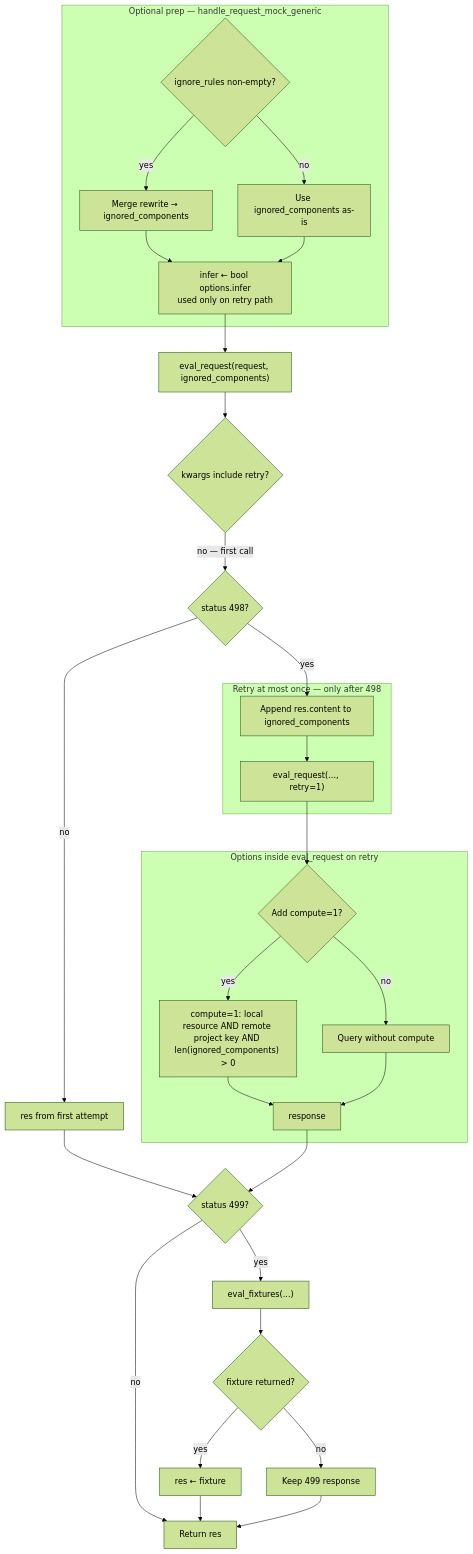
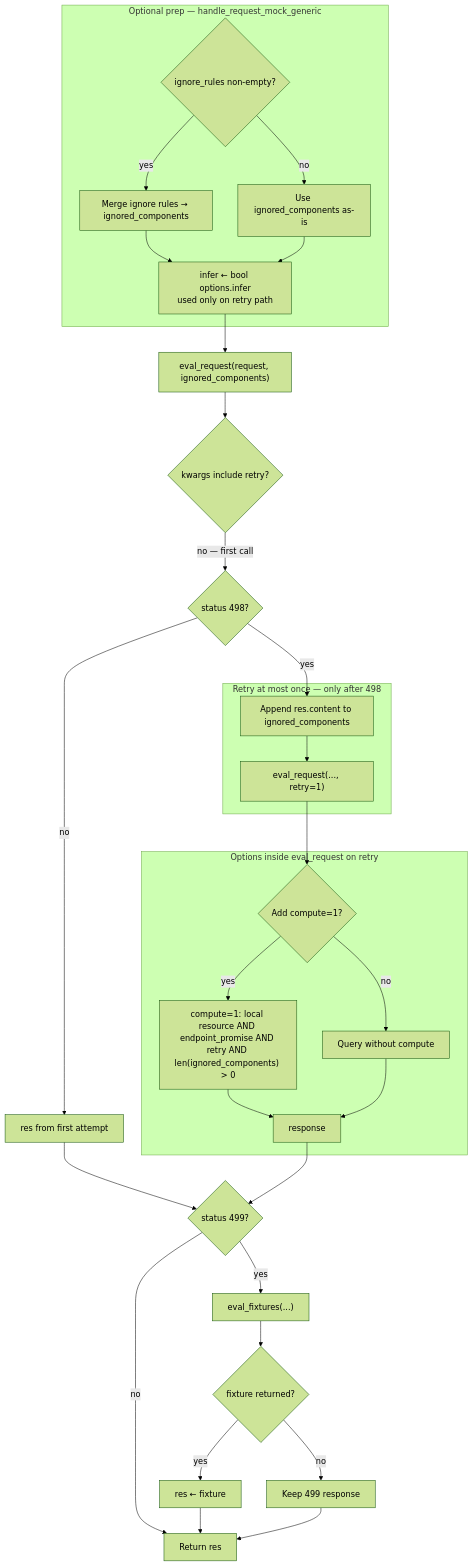
The first of 2 diagrams in docs/mock-request-matching.md (Stoobly/stoobly-agent), drawn with Mermaid (forest theme) before and after one commit. The commit also changed other lines of this file, not shown here.

````diff
--- a/docs/mock-request-matching.md
+++ b/docs/mock-request-matching.md
@@ -21,49 +36,49 @@
 ```mermaid
 flowchart TB
   subgraph prep [Optional prep — handle_request_mock_generic]
     IG{ignore_rules non-empty?}
-    IG -->|yes| MERGE[Merge rewrite → ignored_components]
+    IG -->|yes| MERGE[Merge ignore rules → ignored_components]
     IG -->|no| IG0[Use ignored_components as-is]
     MERGE --> INIT
     IG0 --> INIT
     INIT["infer ← bool options.infer<br/>used only on retry path"]
   end
 
   INIT --> E1["eval_request(request, ignored_components)"]
 
   E1 --> K1{kwargs include retry?}
   K1 -->|no — first call| D498{status 498?}
 
   subgraph retry_once [Retry at most once — only after 498]
     APP[Append res.content to ignored_components]
     E2["eval_request(..., retry=1)"]
     APP --> E2
   end
 
   subgraph opt_retry [Options inside eval_request on retry]
     CP{Add compute=1?}
-    CP -->|yes| WCOMP["compute=1: local resource AND remote project key AND len(ignored_components) > 0"]
+    CP -->|yes| WCOMP["compute=1: local resource AND endpoint_promise AND retry AND len(ignored_components) > 0"]
     CP -->|no| NOCOMP[Query without compute]
     WCOMP --> RES2[response]
     NOCOMP --> RES2
   end
 
   E2 --> CP
 
   D498 -->|yes| APP
   D498 -->|no| RES1[res from first attempt]
 
   RES1 --> D499
   RES2 --> D499
 
   D499{status 499?}
 
   D499 -->|yes| EF["eval_fixtures(...)"]
   D499 -->|no| OUT[Return res]
 
   EF --> FX{fixture returned?}
   FX -->|yes| USEFX[res ← fixture]
   FX -->|no| KEEP499[Keep 499 response]
   USEFX --> OUT
   KEEP499 --> OUT
 ```
````
